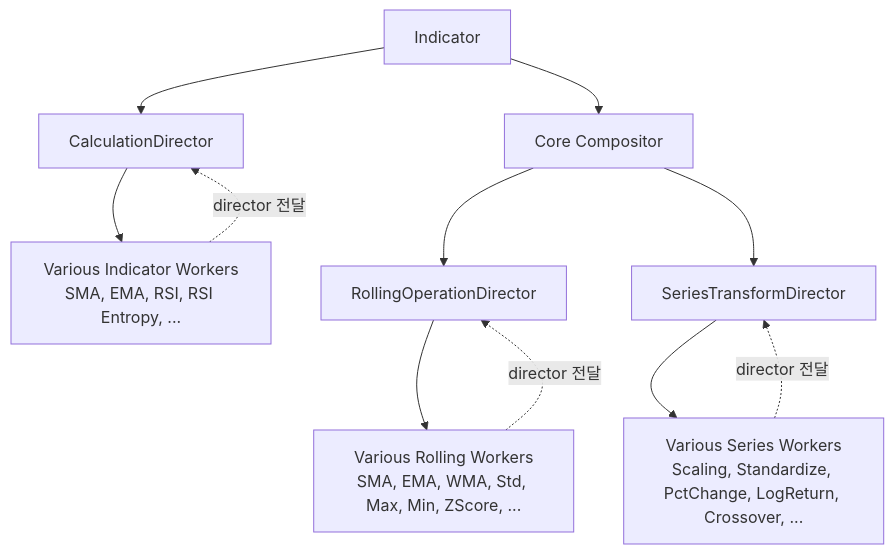
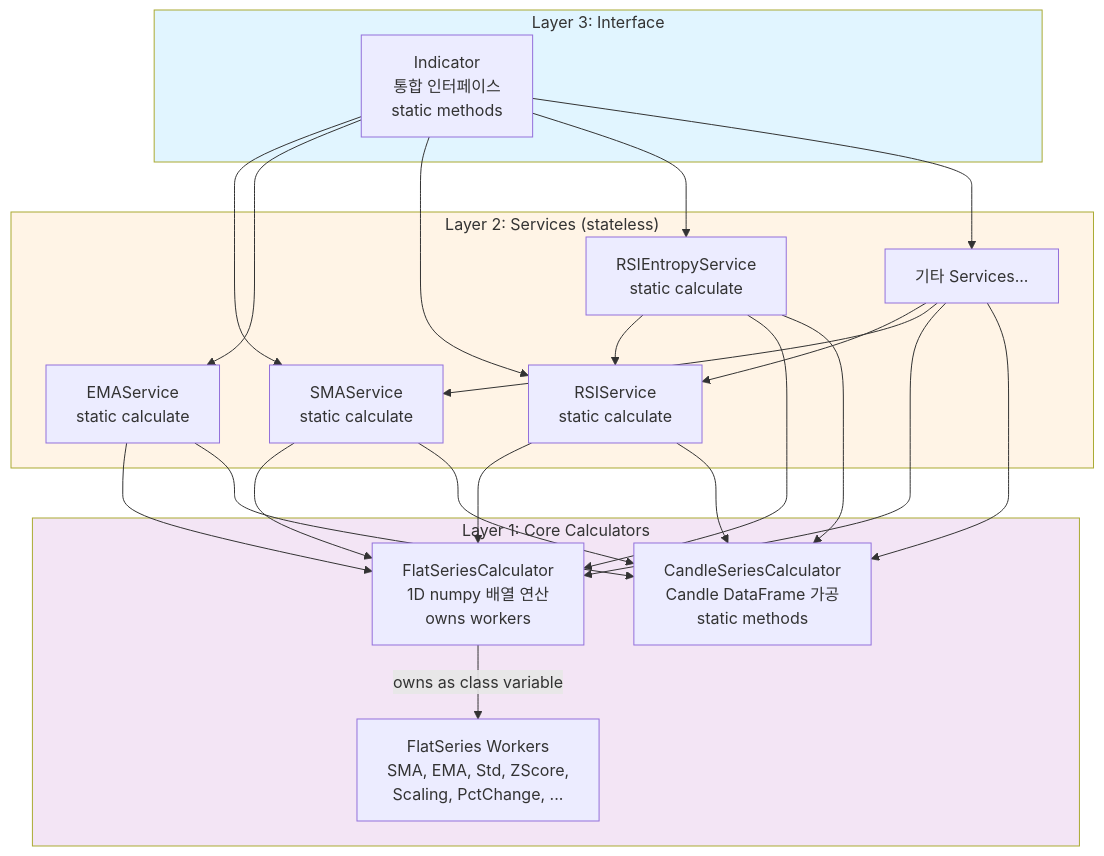
The first of 8 diagrams in packages/financial-indicators/Architecture.md (gatesplan/python-toolbox), drawn with Mermaid before and after one commit. The commit also changed other lines of this file, not shown here.

Commit message:
refactor(financial-indicators): 아키텍처를 3-layer stateless 구조로 재설계
[수정]
- 기존 6-layer Director/Worker 패턴을 3-layer stateless 구조로 단순화
- Layer 1: Core Calculators (FlatSeriesCalculator, CandleSeriesCalculator)
- Layer 2: Services (stateless static methods, 서비스 간 재사용 지원)
- Layer 3: Interface (Indicator 통합 인터페이스)
- RollingOperationDirector, SeriesTransformDirector를 FlatSeriesCalculator로 통합
- 의존성 주입 패턴 제거, 모든 메서드를 static으로 변경
- 컴포넌트 다이어그램을 새 구조에 맞게 업데이트
- Service 간 재사용 흐름 명시 (RSIEntropyService → RSIService)

🤖 Generated with [Claude Code](https://claude.com/claude-code)

````diff
--- a/packages/financial-indicators/Architecture.md
+++ b/packages/financial-indicators/Architecture.md
@@ -53,29 +53,51 @@
 ```mermaid
 graph TB
-    Indicator[Indicator]
-    CalculationDirector[CalculationDirector]
-    Core[Core Compositor]
+    subgraph Layer3["Layer 3: Interface"]
+        Indicator[Indicator<br/>통합 인터페이스<br/>static methods]
+    end
 
-    IndicatorWorkers[Various Indicator Workers<br/>SMA, EMA, RSI, RSI Entropy, ...]
+    subgraph Layer2["Layer 2: Services (stateless)"]
+        SMAService[SMAService<br/>static calculate]
+        EMAService[EMAService<br/>static calculate]
+        RSIService[RSIService<br/>static calculate]
+        RSIEntropyService[RSIEntropyService<br/>static calculate]
+        OtherServices[기타 Services...]
+    end
 
-    RollingOpDirector[RollingOperationDirector]
-    SeriesTransformDirector[SeriesTransformDirector]
+    subgraph Layer1["Layer 1: Core Calculators"]
+        FlatSeriesCalc[FlatSeriesCalculator<br/>1D numpy 배열 연산<br/>owns workers]
+        CandleSeriesCalc[CandleSeriesCalculator<br/>Candle DataFrame 가공<br/>static methods]
 
-    RollingWorkers[Various Rolling Workers<br/>SMA, EMA, WMA, Std, Max, Min, ZScore, ...]
-    SeriesWorkers[Various Series Workers<br/>Scaling, Standardize, PctChange, LogReturn, Crossover, ...]
+        FlatWorkers[FlatSeries Workers<br/>SMA, EMA, Std, ZScore,<br/>Scaling, PctChange, ...]
 
-    Indicator --> CalculationDirector
-    Indicator --> Core
+        FlatSeriesCalc -->|owns as class variable| FlatWorkers
+    end
 
-    CalculationDirector --> IndicatorWorkers
-    IndicatorWorkers -.->|director 전달| CalculationDirector
+    Indicator --> SMAService
+    Indicator --> EMAService
+    Indicator --> RSIService
+    Indicator --> RSIEntropyService
+    Indicator --> OtherServices
 
-    Core --> RollingOpDirector
-    Core --> SeriesTransformDirector
+    SMAService --> FlatSeriesCalc
+    SMAService --> CandleSeriesCalc
 
-    RollingOpDirector --> RollingWorkers
-    SeriesTransformDirector --> SeriesWorkers
+    EMAService --> FlatSeriesCalc
+    EMAService --> CandleSeriesCalc
 
-    RollingWorkers -.->|director 전달| RollingOpDirector
-    SeriesWorkers -.->|director 전달| SeriesTransformDirector
+    RSIService --> FlatSeriesCalc
+    RSIService --> CandleSeriesCalc
+
+    RSIEntropyService --> RSIService
+    RSIEntropyService --> FlatSeriesCalc
+    RSIEntropyService --> CandleSeriesCalc
+
+    OtherServices --> RSIService
+    OtherServices --> SMAService
+    OtherServices --> FlatSeriesCalc
+    OtherServices --> CandleSeriesCalc
+
+    style Layer3 fill:#e1f5ff
+    style Layer2 fill:#fff4e6
+    style Layer1 fill:#f3e5f5
 ```
````
